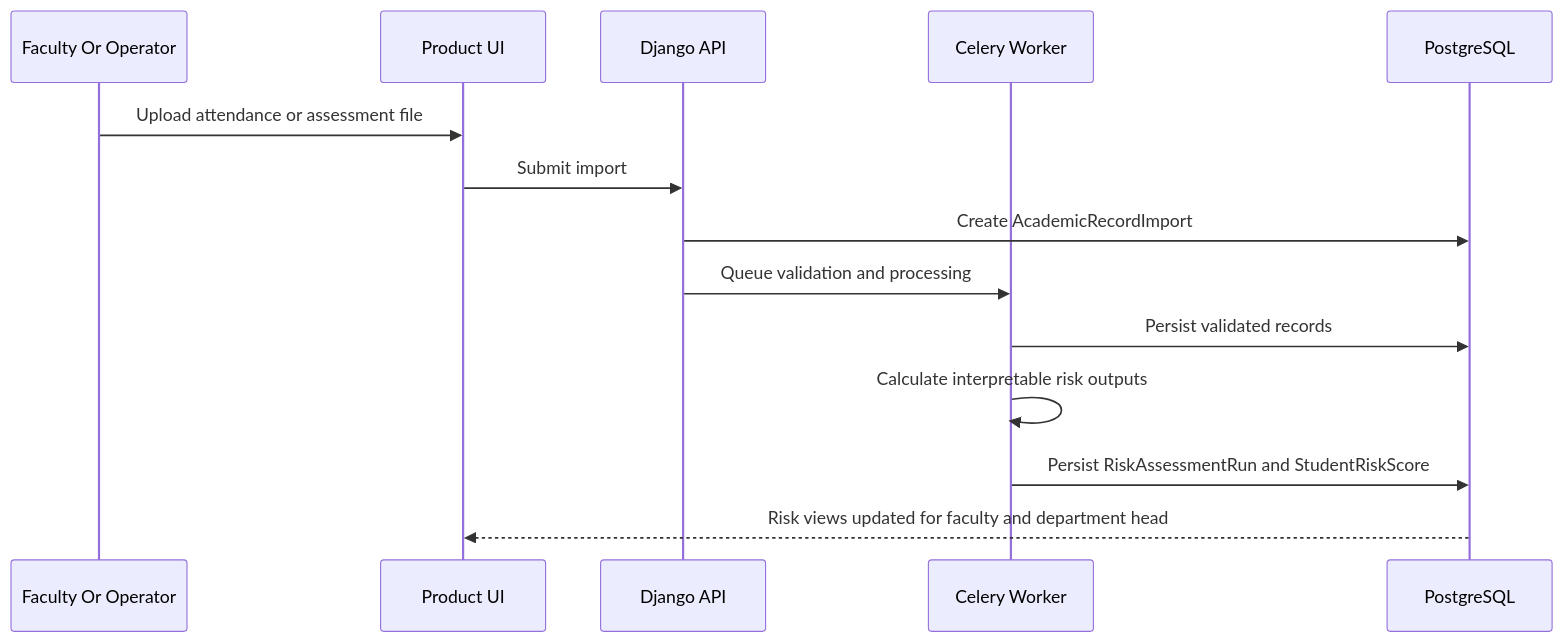
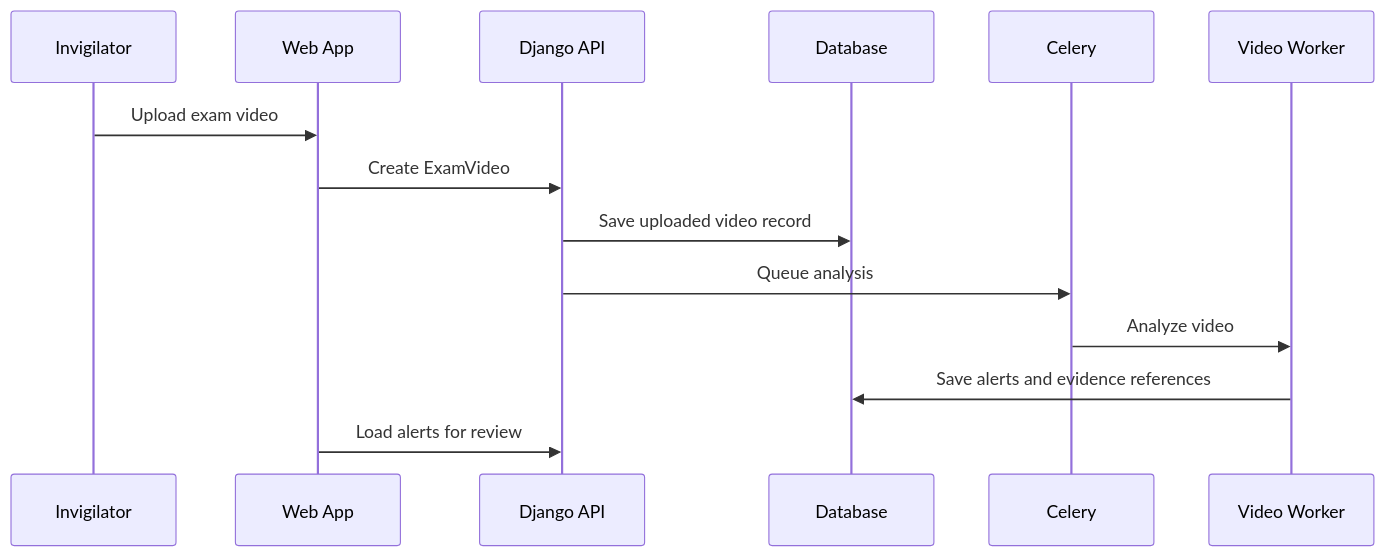
One commit to Hasib105/sightline changed the second of 3 diagrams in docs/product/03-system-architecture.md. Above: the diagram before and after it, drawn with Mermaid. The commit also changed other lines of this file and 22 other files, not shown here.

First line of the commit message:
feat: add student exams page with ProcBot monitoring and exam attempt submission

````diff
--- a/docs/product/03-system-architecture.md
+++ b/docs/product/03-system-architecture.md
@@ -176,17 +58,17 @@
 ```mermaid
 sequenceDiagram
-    participant FAC as Faculty Or Operator
-    participant UI as Product UI
+    participant INV as Invigilator
+    participant WEB as Web App
     participant API as Django API
-    participant CEL as Celery Worker
-    participant DB as PostgreSQL
+    participant DB as Database
+    participant CEL as Celery
+    participant INF as Video Worker
 
-    FAC->>UI: Upload attendance or assessment file
-    UI->>API: Submit import
-    API->>DB: Create AcademicRecordImport
-    API->>CEL: Queue validation and processing
-    CEL->>DB: Persist validated records
-    CEL->>CEL: Calculate interpretable risk outputs
-    CEL->>DB: Persist RiskAssessmentRun and StudentRiskScore
-    DB-->>UI: Risk views updated for faculty and department head
+    INV->>WEB: Upload exam video
+    WEB->>API: Create ExamVideo
+    API->>DB: Save uploaded video record
+    API->>CEL: Queue analysis
+    CEL->>INF: Analyze video
+    INF->>DB: Save alerts and evidence references
+    WEB->>API: Load alerts for review
 ```
````
